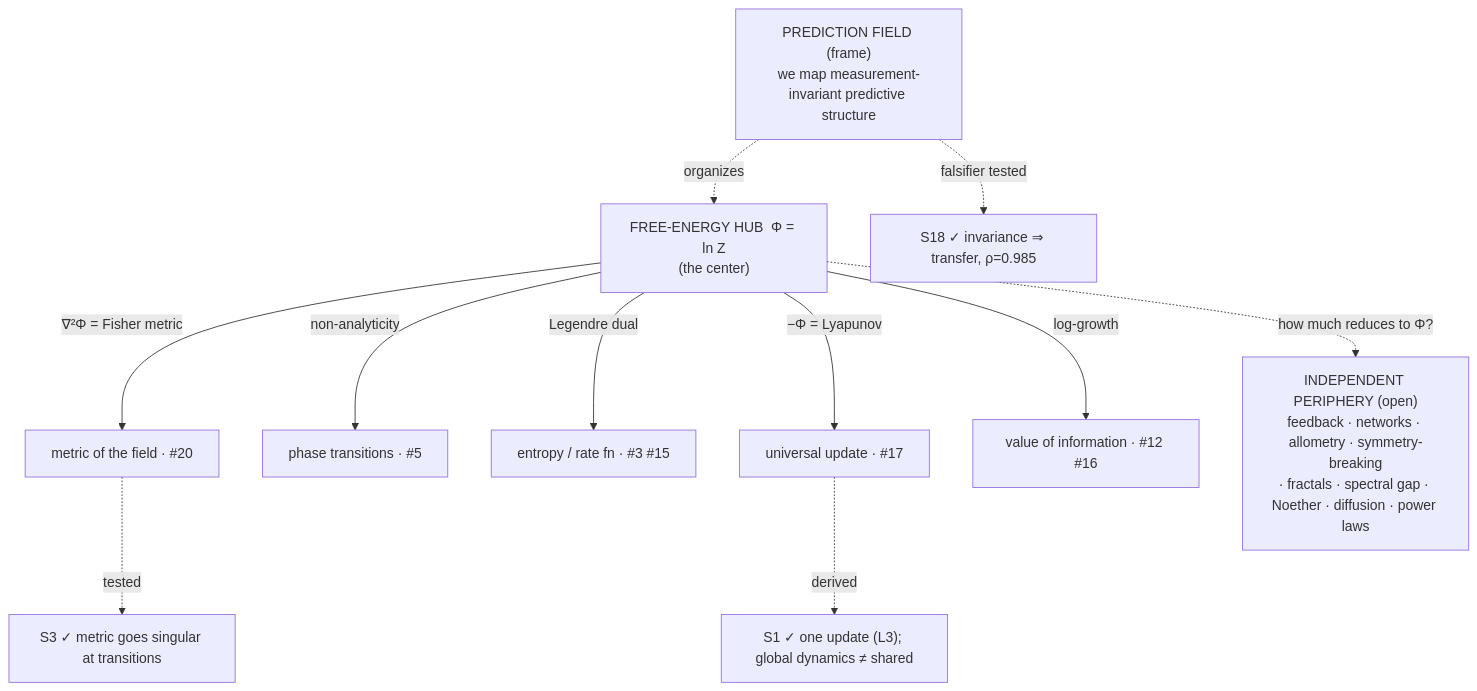
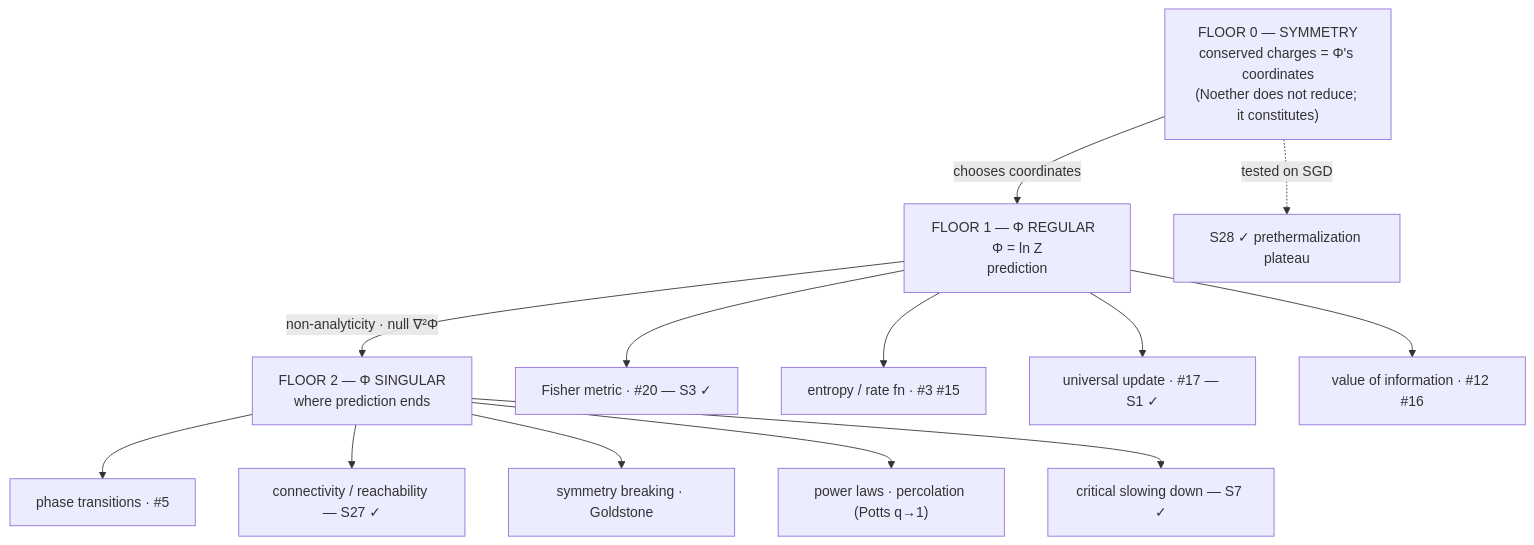
Before and after one commit to andrewmureddu/AI: the diagram in SYNTHESIS.md, drawn with Mermaid. The commit also changed other lines of this file and 13 other files, not shown here.

````diff
--- a/SYNTHESIS.md
+++ b/SYNTHESIS.md
@@ -74,19 +114,22 @@
 ```mermaid
 graph TB
-    FRAME["PREDICTION FIELD (frame)<br/>we map measurement-invariant predictive structure"]
-    PHI["FREE-ENERGY HUB&nbsp; Φ = ln Z<br/>(the center)"]
-    FRAME -. organizes .-> PHI
+    SYM["FLOOR 0 — SYMMETRY<br/>conserved charges = Φ's coordinates<br/>(Noether does not reduce; it constitutes)"]
+    PHI["FLOOR 1 — Φ REGULAR&nbsp; Φ = ln Z<br/>prediction"]
+    SING["FLOOR 2 — Φ SINGULAR<br/>where prediction ends"]
 
-    PHI -->|"∇²Φ = Fisher metric"| MET["metric of the field · #20"]
-    PHI -->|"non-analyticity"| SING["phase transitions · #5"]
-    PHI -->|"Legendre dual"| ENT["entropy / rate fn · #3 #15"]
-    PHI -->|"−Φ = Lyapunov"| UPD["universal update · #17"]
-    PHI -->|"log-growth"| VOI["value of information · #12 #16"]
+    SYM -->|"chooses coordinates"| PHI
+    PHI -->|"non-analyticity · null ∇²Φ"| SING
 
-    MET -. tested .-> S3["S3 ✓ metric goes singular at transitions"]
-    UPD -. derived .-> S1["S1 ✓ one update (L3); global dynamics ≠ shared"]
-    FRAME -. falsifier tested .-> S18["S18 ✓ invariance ⇒ transfer, ρ=0.985"]
+    PHI --> MET["Fisher metric · #20 — S3 ✓"]
+    PHI --> ENT["entropy / rate fn · #3 #15"]
+    PHI --> UPD["universal update · #17 — S1 ✓"]
+    PHI --> VOI["value of information · #12 #16"]
 
-    PERIPH["INDEPENDENT PERIPHERY (open)<br/>feedback · networks · allometry · symmetry-breaking<br/>· fractals · spectral gap · Noether · diffusion · power laws"]
-    PHI -. "how much reduces to Φ?" .-> PERIPH
+    SING --> CRIT["phase transitions · #5"]
+    SING --> CONN["connectivity / reachability — S27 ✓"]
+    SING --> SSB["symmetry breaking · Goldstone"]
+    SING --> PL["power laws · percolation (Potts q→1)"]
+    SING --> CSD["critical slowing down — S7 ✓"]
+
+    SYM -. tested on SGD .-> S28["S28 ✓ prethermalization plateau"]
 ```
````
